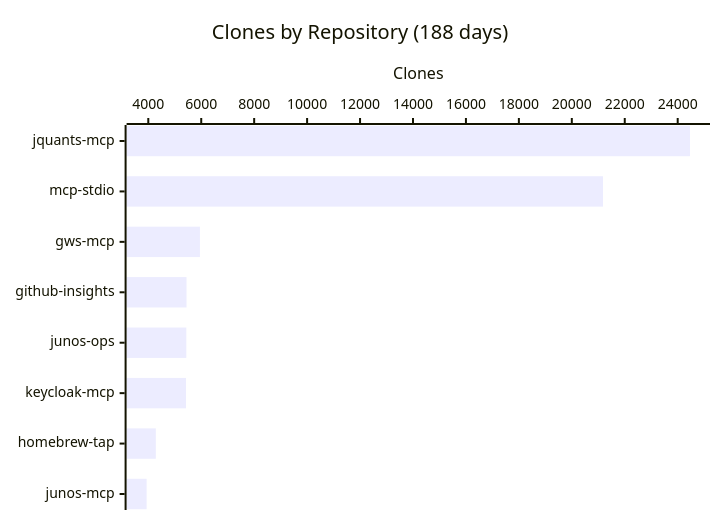
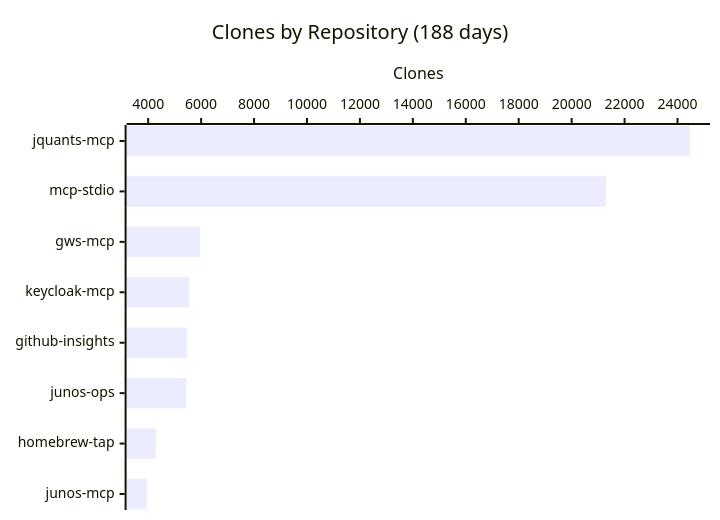
One commit to shigechika/github-insights changed the fourth of 4 diagrams in README.md. Above: the diagram before and after it, drawn with Mermaid. The commit also changed other lines of this file and 2 other files, not shown here.

````diff
--- a/README.md
+++ b/README.md
@@ -58,7 +58,7 @@
 ```mermaid
 xychart-beta horizontal
     title "Clones by Repository (188 days)"
-    x-axis ["jquants-mcp", "mcp-stdio", "gws-mcp", "github-insights", "junos-ops", "keycloak-mcp", "homebrew-tap", "junos-mcp"]
+    x-axis ["jquants-mcp", "mcp-stdio", "gws-mcp", "keycloak-mcp", "github-insights", "junos-ops", "homebrew-tap", "junos-mcp"]
     y-axis "Clones"
-    bar [24464, 21177, 5951, 5445, 5437, 5426, 4285, 3937]
+    bar [24471, 21294, 5957, 5557, 5464, 5438, 4285, 3941]
 ```
````
